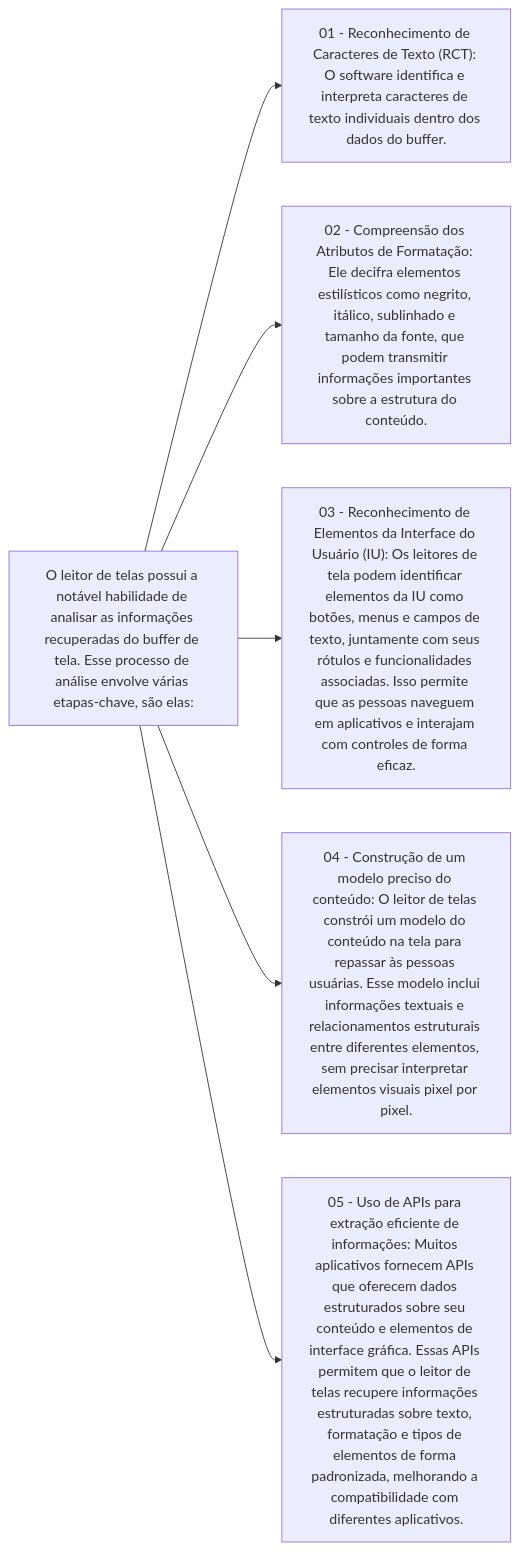
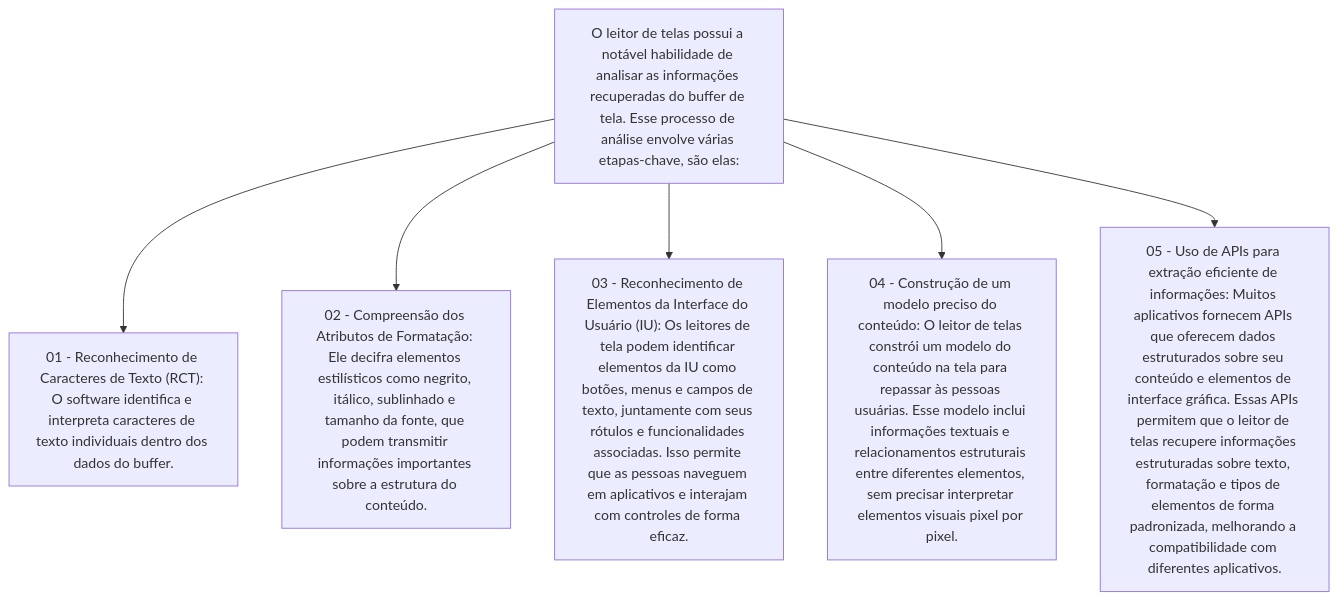
One commit to Loui77BA/funcionamento-software-leitor-de-telas changed the second of 3 diagrams in README.md. Above: the diagram before and after it, drawn with Mermaid. The commit also changed other lines of this file, not shown here.

````diff
--- a/README.md
+++ b/README.md
@@ -22,14 +22,14 @@
 ```mermaid
-graph LR;
+graph TD;
     A["O leitor de telas possui a notável habilidade de analisar as informações recuperadas do buffer de tela. Esse processo de análise envolve várias etapas-chave, são elas:"]
 
     A --> B["01 - Reconhecimento de Caracteres de Texto (RCT): O software identifica e interpreta caracteres de texto individuais dentro dos dados do buffer."]
 
     A --> C["02 - Compreensão dos Atributos de Formatação: Ele decifra elementos estilísticos como negrito, itálico, sublinhado e tamanho da fonte, que podem transmitir informações importantes sobre a estrutura do conteúdo."]
 
     A --> D["03 - Reconhecimento de Elementos da Interface do Usuário (IU): Os leitores de tela podem identificar elementos da IU como botões, menus e campos de texto, juntamente com seus rótulos e funcionalidades associadas. Isso permite que as pessoas naveguem em aplicativos e interajam com controles de forma eficaz."]
 
     A --> E["04 - Construção de um modelo preciso do conteúdo: O leitor de telas constrói um modelo do conteúdo na tela para repassar às pessoas usuárias. Esse modelo inclui informações textuais e relacionamentos estruturais entre diferentes elementos, sem precisar interpretar elementos visuais pixel por pixel."]
 
     A --> F["05 - Uso de APIs para extração eficiente de informações: Muitos aplicativos fornecem APIs que oferecem dados estruturados sobre seu conteúdo e elementos de interface gráfica. Essas APIs permitem que o leitor de telas recupere informações estruturadas sobre texto, formatação e tipos de elementos de forma padronizada, melhorando a compatibilidade com diferentes aplicativos."]
 ```
````
